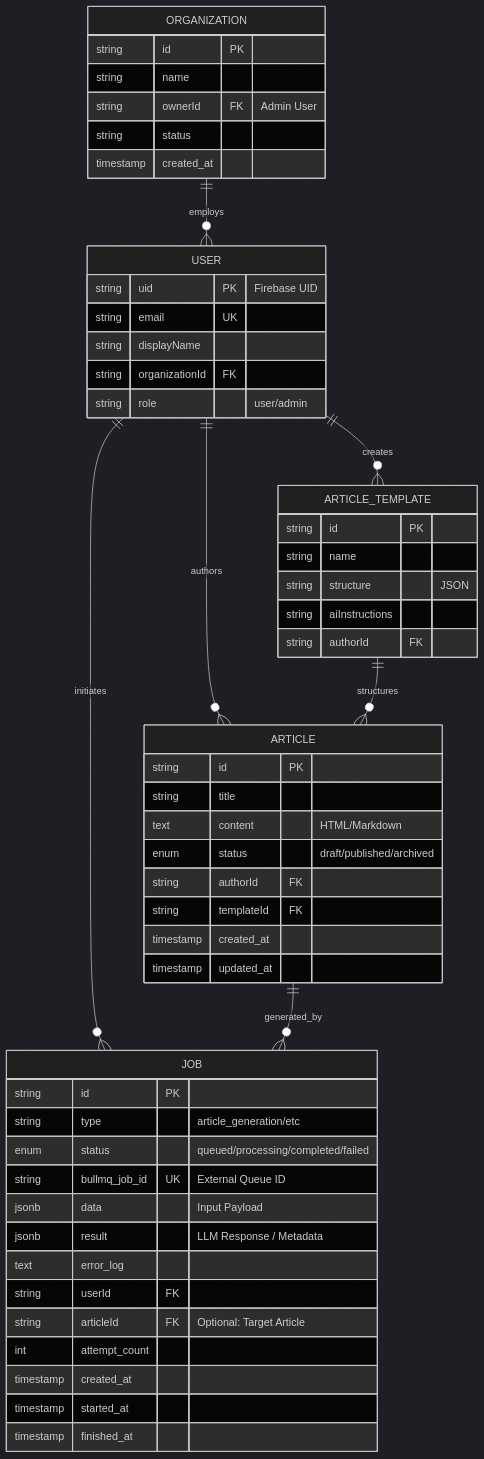
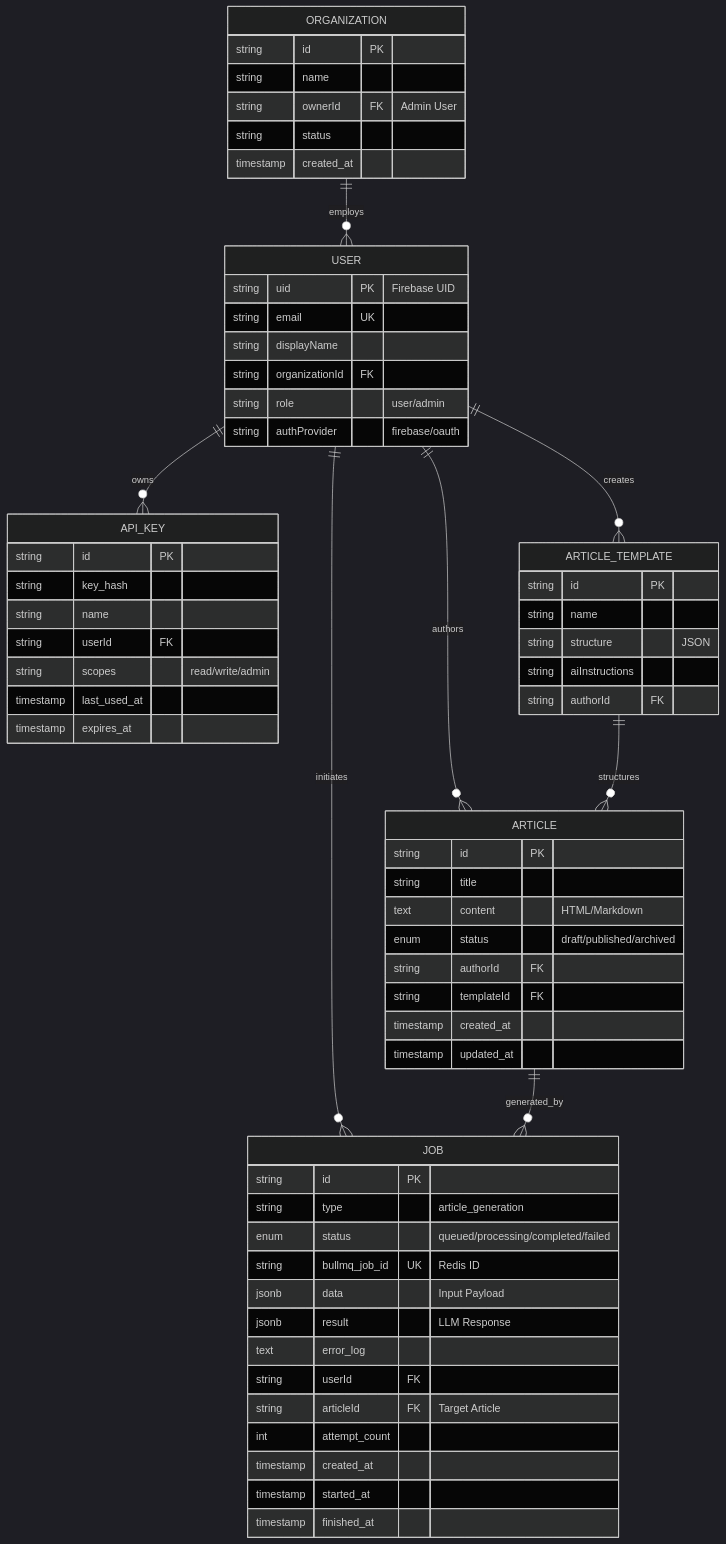
The first of 5 diagrams in docs/architecture/erd.md (nishuns/taughtcode-server), drawn with Mermaid (dark theme) before and after one commit. The commit also changed other lines of this file, not shown here.

Commit message:
docs(architecture): add comprehensive system diagrams including auth, providers, and job processing

````diff
--- a/docs/architecture/erd.md
+++ b/docs/architecture/erd.md
@@ -15,65 +9,75 @@
 ```mermaid
 erDiagram
-    %% Entities
+    %% Core Entities
     ORGANIZATION {
         string id PK
         string name
         string ownerId FK "Admin User"
         string status
         timestamp created_at
     }
 
     USER {
         string uid PK "Firebase UID"
         string email UK
         string displayName
         string organizationId FK
         string role "user/admin"
+        string authProvider "firebase/oauth"
+    }
+
+    API_KEY {
+        string id PK
+        string key_hash
+        string name
+        string userId FK
+        string scopes "read/write/admin"
+        timestamp last_used_at
+        timestamp expires_at
     }
 
     ARTICLE_TEMPLATE {
         string id PK
         string name
         string structure "JSON"
         string aiInstructions
         string authorId FK
     }
 
     ARTICLE {
         string id PK
         string title
         text content "HTML/Markdown"
         enum status "draft/published/archived"
         string authorId FK
         string templateId FK
         timestamp created_at
         timestamp updated_at
     }
 
     JOB {
         string id PK
-        string type "article_generation/etc"
+        string type "article_generation"
         enum status "queued/processing/completed/failed"
-        string bullmq_job_id UK "External Queue ID"
+        string bullmq_job_id UK "Redis ID"
         jsonb data "Input Payload"
-        jsonb result "LLM Response / Metadata"
+        jsonb result "LLM Response"
         text error_log
         string userId FK
-        string articleId FK "Optional: Target Article"
+        string articleId FK "Target Article"
         int attempt_count
         timestamp created_at
         timestamp started_at
         timestamp finished_at
     }
 
     %% Relationships
     ORGANIZATION ||--o{ USER : "employs"
     USER ||--o{ ARTICLE : "authors"
     USER ||--o{ JOB : "initiates"
     USER ||--o{ ARTICLE_TEMPLATE : "creates"
+    USER ||--o{ API_KEY : "owns"
     
     ARTICLE_TEMPLATE ||--o{ ARTICLE : "structures"
-    
-    %% The Core State-Driven Link
     ARTICLE ||--o{ JOB : "generated_by"
 ```
````
